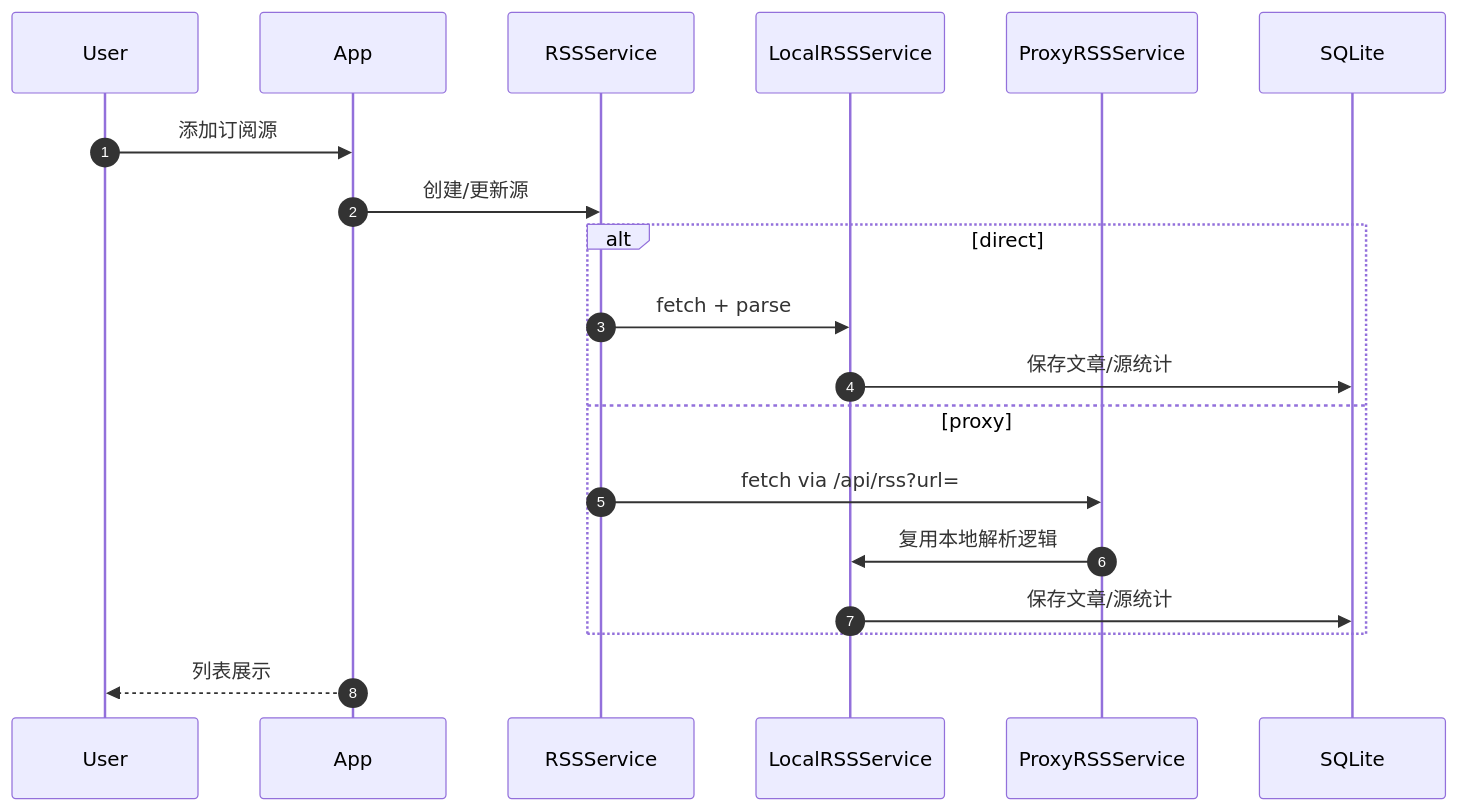
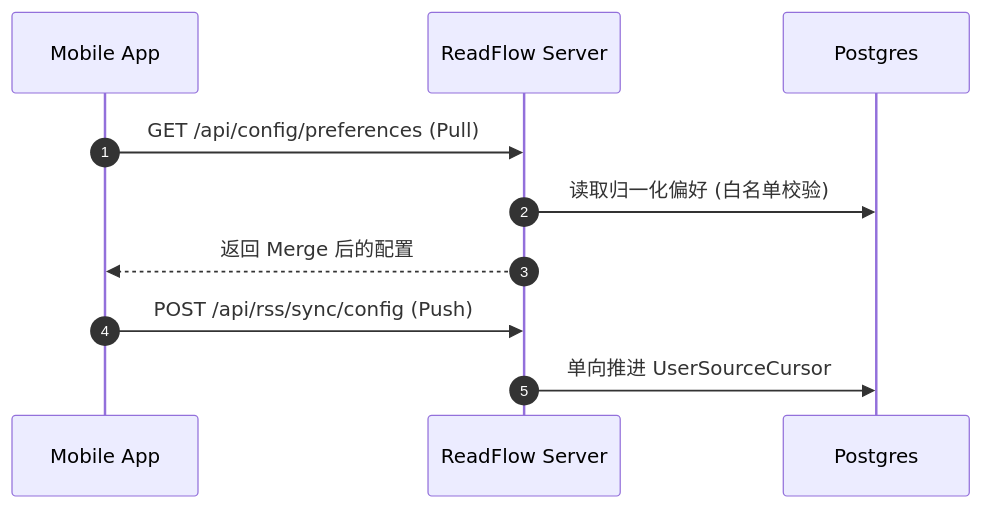
The second of 3 diagrams in README.md (VirgoooooX/ReadFlow), drawn with Mermaid before and after one commit. The commit also changed other lines of this file, not shown here.

````diff
--- a/README.md
+++ b/README.md
@@ -98,22 +86,13 @@
 ```mermaid
 sequenceDiagram
   autonumber
-  participant U as User
-  participant A as App
-  participant R as RSSService
-  participant L as LocalRSSService
-  participant P as ProxyRSSService
-  participant DB as SQLite
+  participant A as Mobile App
+  participant S as ReadFlow Server
+  participant P as Postgres
 
-  U->>A: 添加订阅源
-  A->>R: 创建/更新源
-  alt direct
-    R->>L: fetch + parse
-    L->>DB: 保存文章/源统计
-  else proxy
-    R->>P: fetch via /api/rss?url=
-    P->>L: 复用本地解析逻辑
-    L->>DB: 保存文章/源统计
-  end
-  A-->>U: 列表展示
+  A->>S: GET /api/config/preferences (Pull)
+  S->>P: 读取归一化偏好 (白名单校验)
+  S-->>A: 返回 Merge 后的配置
+  A->>S: POST /api/rss/sync/config (Push)
+  S->>P: 单向推进 UserSourceCursor
 ```
````
